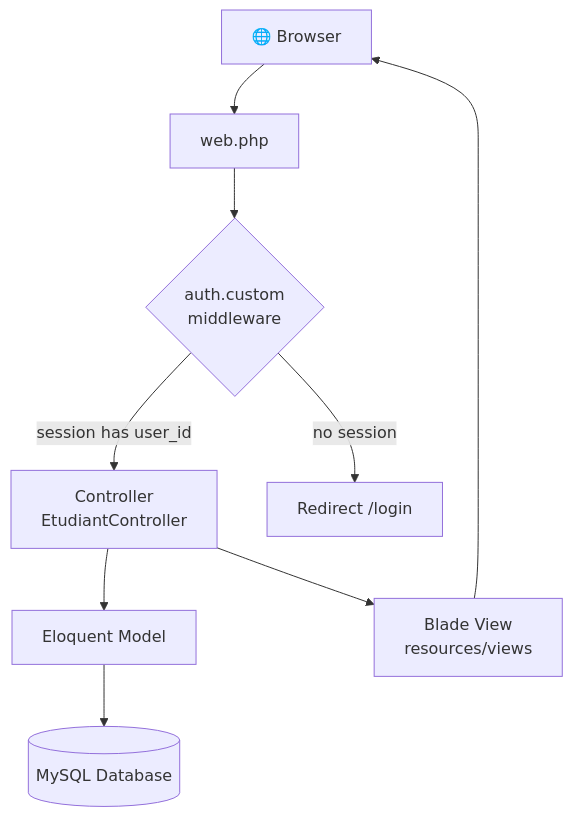
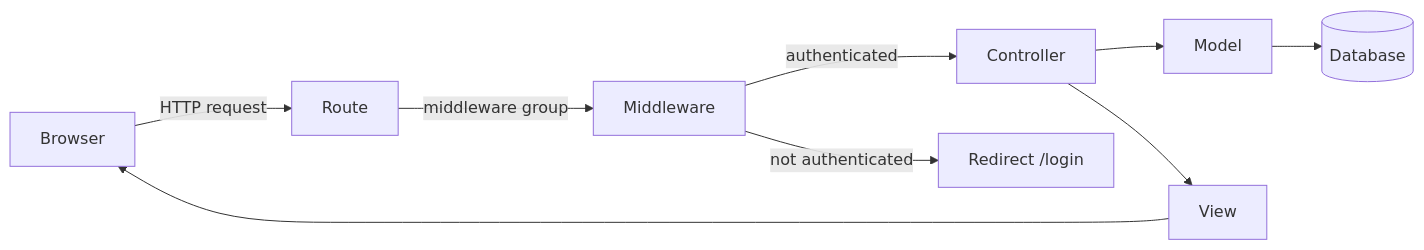
One commit to zakari-aee/Laravel_ofppt changed the second of 2 diagrams in README.md. Above: the diagram before and after it, drawn with Mermaid. The commit also changed other lines of this file, not shown here.

````diff
--- a/README.md
+++ b/README.md
@@ -113,11 +77,11 @@
 ```mermaid
-flowchart TD
-    Browser["🌐 Browser"] --> Route["web.php"]
-    Route --> Middleware{"auth.custom<br>middleware"}
-    Middleware -->|"session has user_id"| Controller["Controller<br>EtudiantController"]
-    Middleware -->|"no session"| Login["Redirect /login"]
-    Controller --> Model["Eloquent Model"]
-    Model --> DB[("MySQL Database")]
-    Controller --> View["Blade View<br>resources/views"]
+flowchart LR
+    Browser -->|"HTTP request"| Route
+    Route -->|"middleware group"| Middleware
+    Middleware -->|"authenticated"| Controller
+    Middleware -->|"not authenticated"| Login["Redirect /login"]
+    Controller --> Model
+    Model --> DB[("Database")]
+    Controller --> View
     View --> Browser
 ```
````
